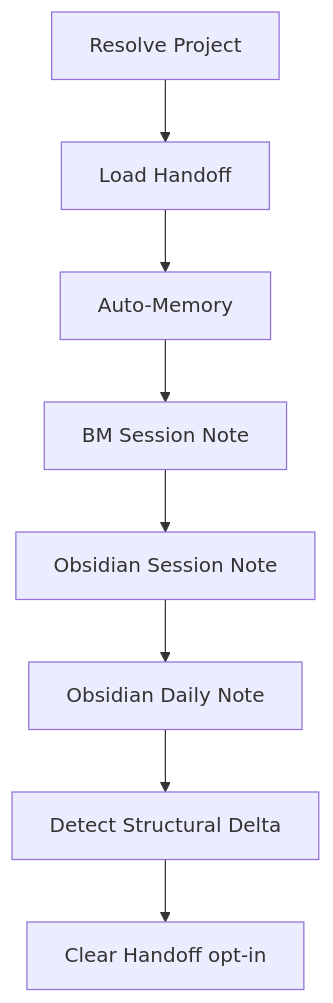
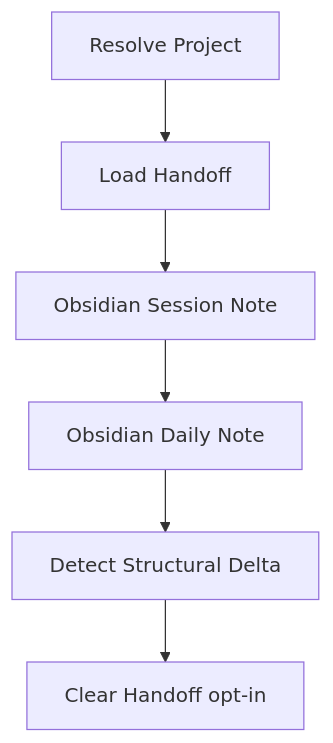
One commit to adeonir/agent-skills changed the diagram in skills/personal/wrap-up/README.md. Above: the diagram before and after it, drawn with Mermaid. The commit also changed other lines of this file and 8 other files, not shown here.

First line of the commit message:
refactor(wrap-up): drop auto-memory and basic memory steps

````diff
--- a/skills/personal/wrap-up/README.md
+++ b/skills/personal/wrap-up/README.md
@@ -7,10 +7,8 @@
 ```mermaid
 flowchart TD
     A[Resolve Project] --> B[Load Handoff]
-    B --> C[Auto-Memory]
-    C --> D[BM Session Note]
-    D --> E[Obsidian Session Note]
-    E --> F[Obsidian Daily Note]
-    F --> G[Detect Structural Delta]
-    G --> H[Clear Handoff opt-in]
+    B --> C[Obsidian Session Note]
+    C --> D[Obsidian Daily Note]
+    D --> E[Detect Structural Delta]
+    E --> F[Clear Handoff opt-in]
 ```
````
